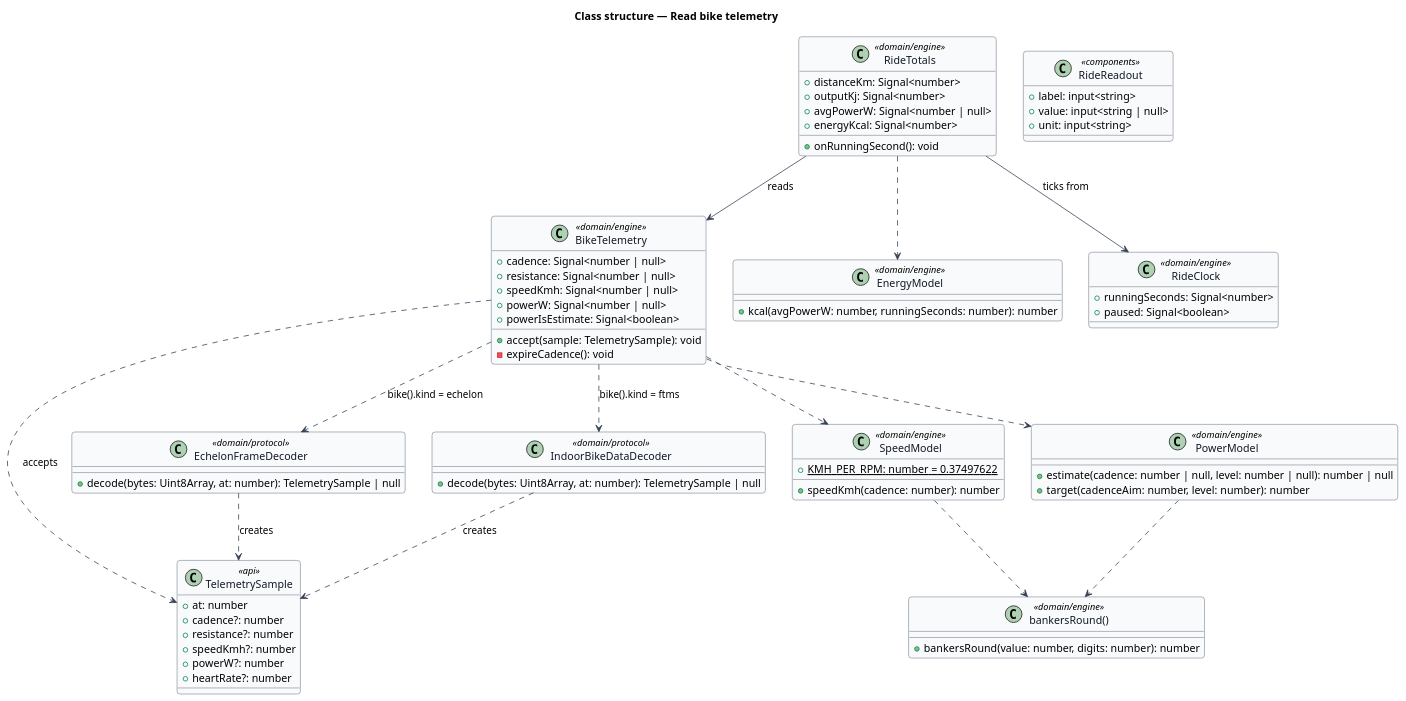
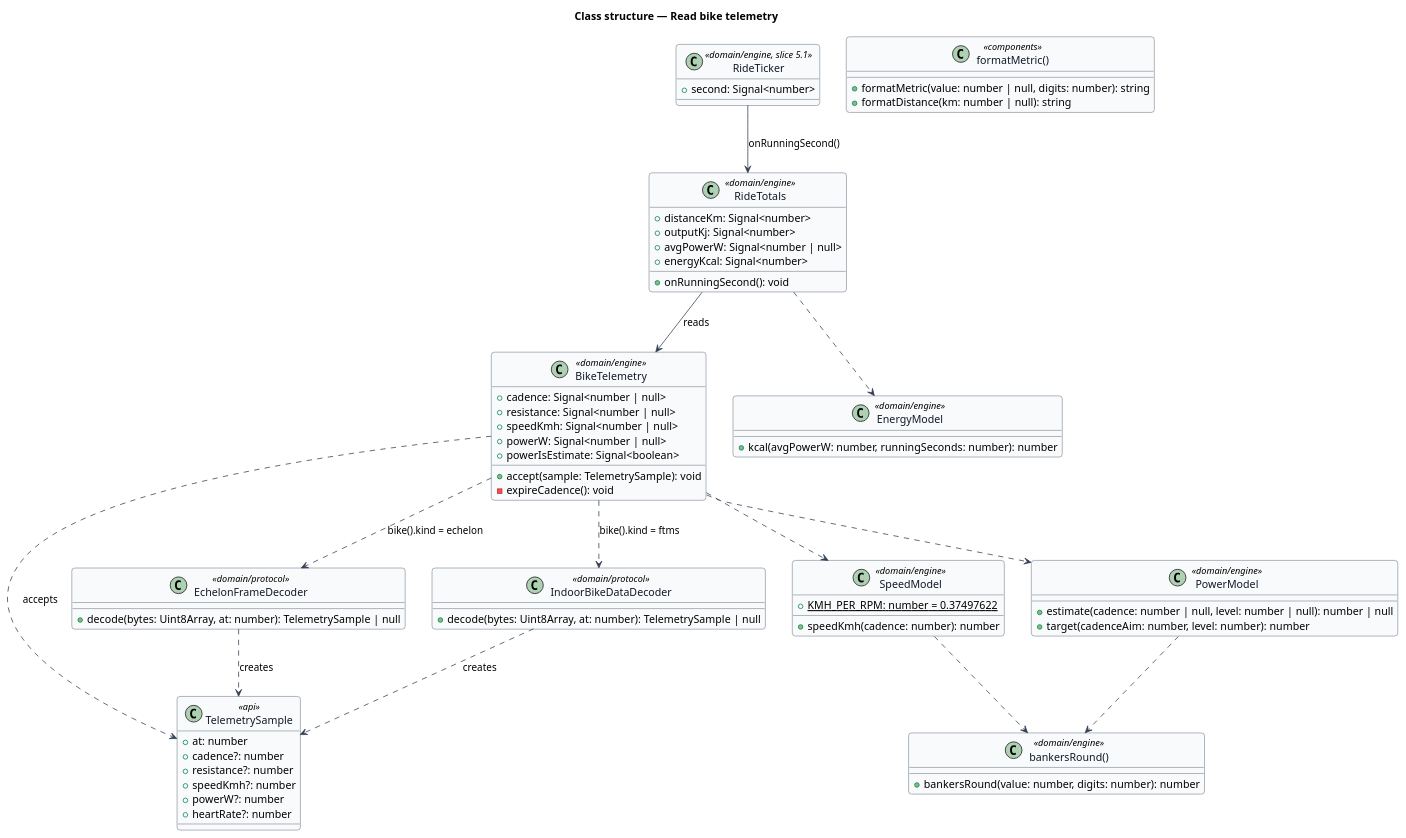
One commit to QuinntyneBrown/ride-one changed the diagram in docs/detailed-designs/bike/read-bike-telemetry/diagrams/class-structure.puml. Above: the diagram before and after it, drawn with PlantUML. The commit also changed 6 other files, not shown here.

```diff
--- a/docs/detailed-designs/bike/read-bike-telemetry/diagrams/class-structure.puml
+++ b/docs/detailed-designs/bike/read-bike-telemetry/diagrams/class-structure.puml
@@ -1,80 +1,78 @@
 @startuml
 ' --- shared skin header ---
 skinparam backgroundColor #FFFFFF
 skinparam shadowing false
 skinparam roundcorner 8
 skinparam defaultFontName Arial
 skinparam ArrowColor #344054
 skinparam class {
   BorderColor #344054
   FontColor #101828
   BackgroundColor #F9FAFB
 }
 ' --------------------------
 title Class structure — Read bike telemetry
 class TelemetrySample <<api>> {
   +at: number
   +cadence?: number
   +resistance?: number
   +speedKmh?: number
   +powerW?: number
   +heartRate?: number
 }
 class EchelonFrameDecoder <<domain/protocol>> {
   +decode(bytes: Uint8Array, at: number): TelemetrySample | null
 }
 class IndoorBikeDataDecoder <<domain/protocol>> {
   +decode(bytes: Uint8Array, at: number): TelemetrySample | null
 }
 class BikeTelemetry <<domain/engine>> {
   +cadence: Signal<number | null>
   +resistance: Signal<number | null>
   +speedKmh: Signal<number | null>
   +powerW: Signal<number | null>
   +powerIsEstimate: Signal<boolean>
   +accept(sample: TelemetrySample): void
   -expireCadence(): void
 }
 class SpeedModel <<domain/engine>> {
   +{static} KMH_PER_RPM: number = 0.37497622
   +speedKmh(cadence: number): number
 }
 class PowerModel <<domain/engine>> {
   +estimate(cadence: number | null, level: number | null): number | null
   +target(cadenceAim: number, level: number): number
 }
 class EnergyModel <<domain/engine>> {
   +kcal(avgPowerW: number, runningSeconds: number): number
 }
 class "bankersRound()" as Round <<domain/engine>> {
   +bankersRound(value: number, digits: number): number
 }
 class RideTotals <<domain/engine>> {
   +distanceKm: Signal<number>
   +outputKj: Signal<number>
   +avgPowerW: Signal<number | null>
   +energyKcal: Signal<number>
   +onRunningSecond(): void
 }
-class RideClock <<domain/engine>> {
-  +runningSeconds: Signal<number>
-  +paused: Signal<boolean>
+class RideTicker <<domain/engine, slice 5.1>> {
+  +second: Signal<number>
 }
-class RideReadout <<components>> {
-  +label: input<string>
-  +value: input<string | null>
-  +unit: input<string>
+class "formatMetric()" as Format <<components>> {
+  +formatMetric(value: number | null, digits: number): string
+  +formatDistance(km: number | null): string
 }
 EchelonFrameDecoder ..> TelemetrySample : creates
 IndoorBikeDataDecoder ..> TelemetrySample : creates
 BikeTelemetry ..> TelemetrySample : accepts
 BikeTelemetry ..> EchelonFrameDecoder : bike().kind = echelon
 BikeTelemetry ..> IndoorBikeDataDecoder : bike().kind = ftms
 BikeTelemetry ..> SpeedModel
 BikeTelemetry ..> PowerModel
 SpeedModel ..> Round
 PowerModel ..> Round
 RideTotals --> BikeTelemetry : reads
-RideTotals --> RideClock : ticks from
+RideTicker --> RideTotals : onRunningSecond()
 RideTotals ..> EnergyModel
 @enduml
```
